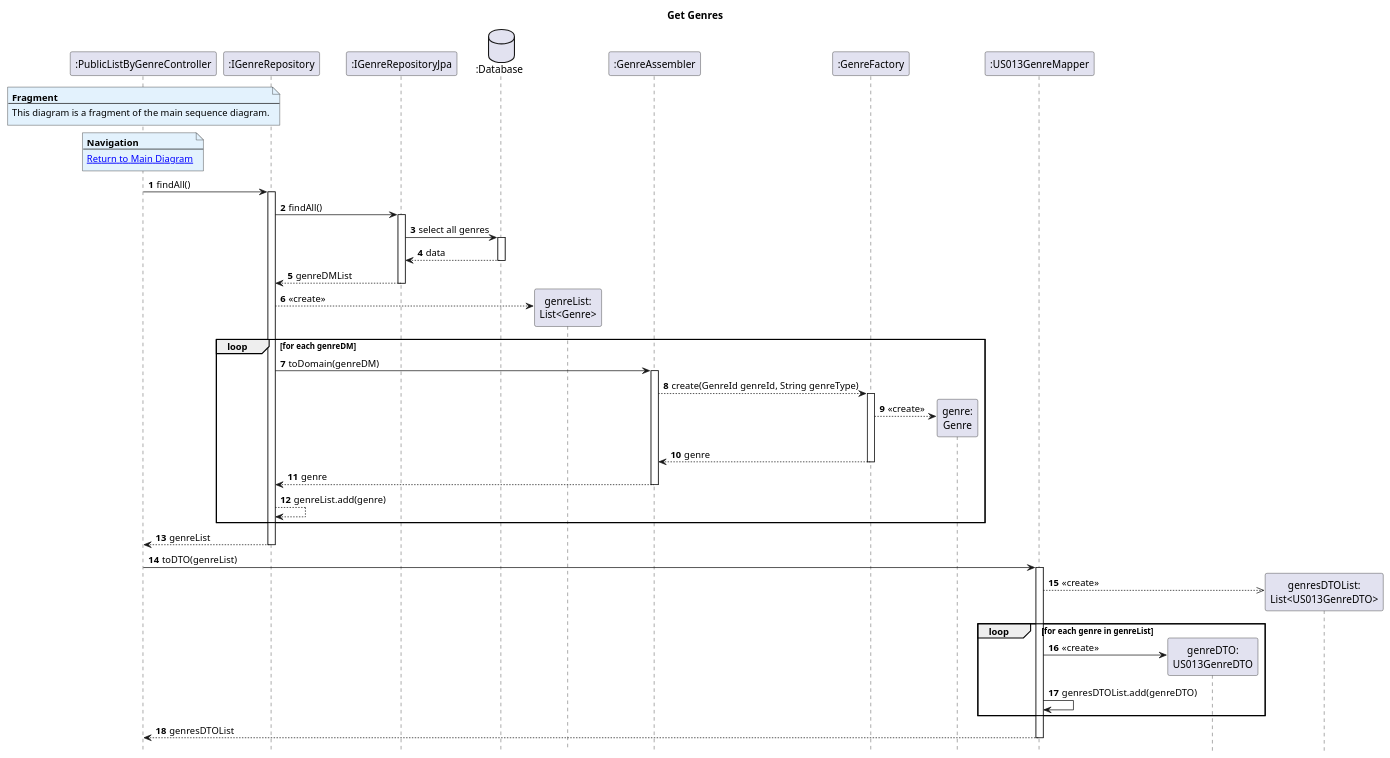
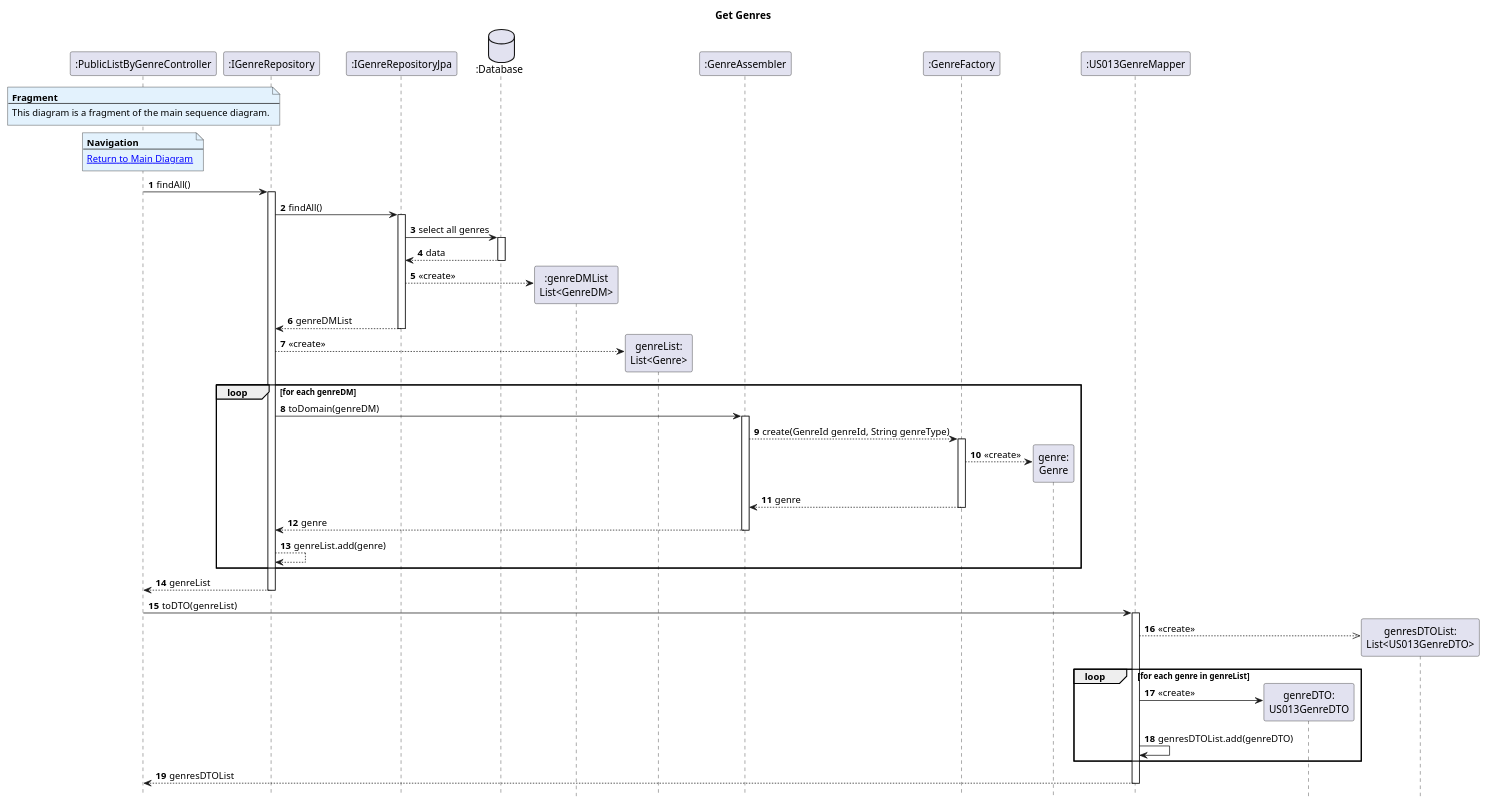
Before and after one commit to AndrePereiraGitH/SWitCH-Project-Team_A: the diagram in Diagrams/SequenceDiagrams/N2/To-get-list-of-public-lists-by-genre/2.GetGenres.puml, drawn with PlantUML.

Commit message:
fix: fix minor mistake in sequence diagram. #753

```diff
--- a/Diagrams/SequenceDiagrams/N2/To-get-list-of-public-lists-by-genre/2.GetGenres.puml
+++ b/Diagrams/SequenceDiagrams/N2/To-get-list-of-public-lists-by-genre/2.GetGenres.puml
@@ -1,75 +1,78 @@
 @startuml
 hide footbox
 autonumber
 
 title Get Genres
 
 participant ":PublicListByGenreController" as Ctrl
 participant ":IGenreRepository" as genreRepo
 participant ":IGenreRepositoryJpa" as genreRepoJpa
 database ":Database" as DB
+participant ":genreDMList\nList<GenreDM>" as genreDMList
 participant "genreList:\nList<Genre>" as genreList
 participant ":GenreAssembler" as genreAssembler
 participant ":GenreFactory" as genreFactory
 participant "genre:\nGenre" as genre
 participant ":US013GenreMapper" as genreMapper
 participant "genreDTO:\nUS013GenreDTO" as genreDTO
 participant "genresDTOList:\nList<US013GenreDTO>" as genresDTOList
 
 note over Ctrl #E3F2FD
 <b>Fragment</b>
 ---
 This diagram is a fragment of the main sequence diagram.
 end note
 
 note over Ctrl #E3F2FD
 <b>Navigation</b>
 ---
 [[1.MainDiagram.puml Return to Main Diagram]]
 end note
 
 Ctrl -> genreRepo : findAll()
 activate genreRepo
 genreRepo -> genreRepoJpa : findAll()
 activate genreRepoJpa
 
 genreRepoJpa -> DB : select all genres
 activate DB
 DB --> genreRepoJpa : data
 deactivate DB
+genreRepoJpa --> genreDMList ** : <<create>>
+
 
 genreRepoJpa --> genreRepo : genreDMList
 deactivate genreRepoJpa
 
 genreRepo --> genreList ** : <<create>>
 
 loop for each genreDM
     genreRepo -> genreAssembler : toDomain(genreDM)
     activate genreAssembler
     genreAssembler --> genreFactory : create(GenreId genreId, String genreType)
     activate genreFactory
     genreFactory --> genre ** : <<create>>
     genreFactory --> genreAssembler : genre
     deactivate genreFactory
     genreAssembler --> genreRepo : genre
     deactivate genreAssembler
     genreRepo --> genreRepo : genreList.add(genre)
 end
 
 genreRepo --> Ctrl : genreList
 deactivate genreRepo
 
 Ctrl -> genreMapper : toDTO(genreList)
 activate genreMapper
 
 genreMapper -->> genresDTOList ** : <<create>>
 
 loop for each genre in genreList
     genreMapper -> genreDTO ** : <<create>>
     genreMapper -> genreMapper : genresDTOList.add(genreDTO)
 end
 
 genreMapper --> Ctrl : genresDTOList
 deactivate genreMapper
 
 @enduml
```
